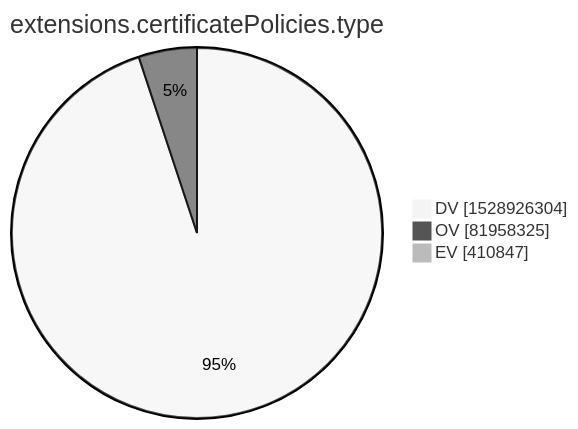
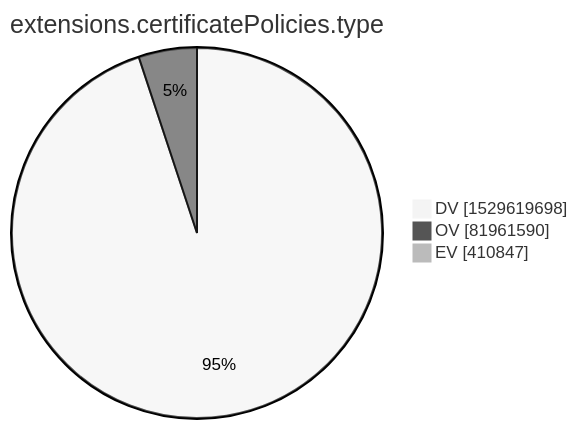
One commit to christiankrug/ctmonitor_visualization changed the tenth of 15 diagrams in xenon2022/README.md. Above: the diagram before and after it, drawn with Mermaid (neutral theme). The commit also changed other lines of this file, not shown here.

````diff
--- a/xenon2022/README.md
+++ b/xenon2022/README.md
@@ -2875,7 +2875,7 @@
 ```mermaid
 pie showData
 title extensions.certificatePolicies.type
-"DV" :1528926304
-"OV" :81958325
+"DV" :1529619698
+"OV" :81961590
 "EV" :410847
 ```
````
